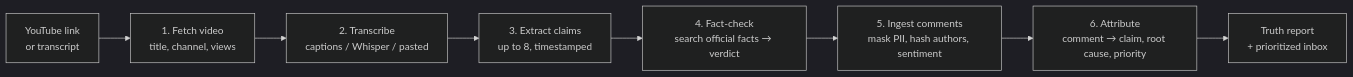
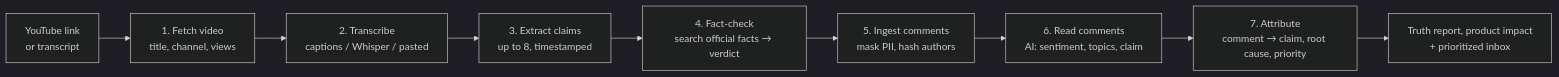
One commit to 83-TechWorld/yudhix changed the first of 5 diagrams in README.md. Above: the diagram before and after it, drawn with Mermaid (dark theme). The commit also changed other lines of this file and 20 other files, not shown here.

First line of the commit message:
feat: product impact panel, AI comment reading, stricter claim matching

````diff
--- a/README.md
+++ b/README.md
@@ -42,10 +42,11 @@
 ```mermaid
 flowchart LR
     A[YouTube link<br/>or transcript] --> B[1. Fetch video<br/>title, channel, views]
     B --> C[2. Transcribe<br/>captions / Whisper / pasted]
     C --> D[3. Extract claims<br/>up to 8, timestamped]
     D --> E[4. Fact-check<br/>search official facts → verdict]
-    E --> F[5. Ingest comments<br/>mask PII, hash authors, sentiment]
-    F --> G[6. Attribute<br/>comment → claim, root cause, priority]
-    G --> H[Truth report<br/>+ prioritized inbox]
+    E --> F[5. Ingest comments<br/>mask PII, hash authors]
+    F --> U[6. Read comments<br/>AI: sentiment, topics, claim]
+    U --> G[7. Attribute<br/>comment → claim, root cause, priority]
+    G --> H[Truth report, product impact<br/>+ prioritized inbox]
 ```
````
